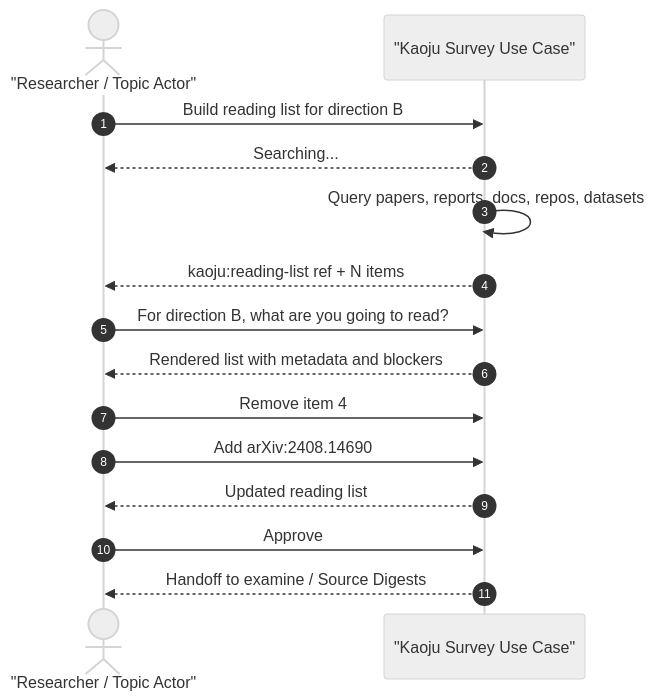
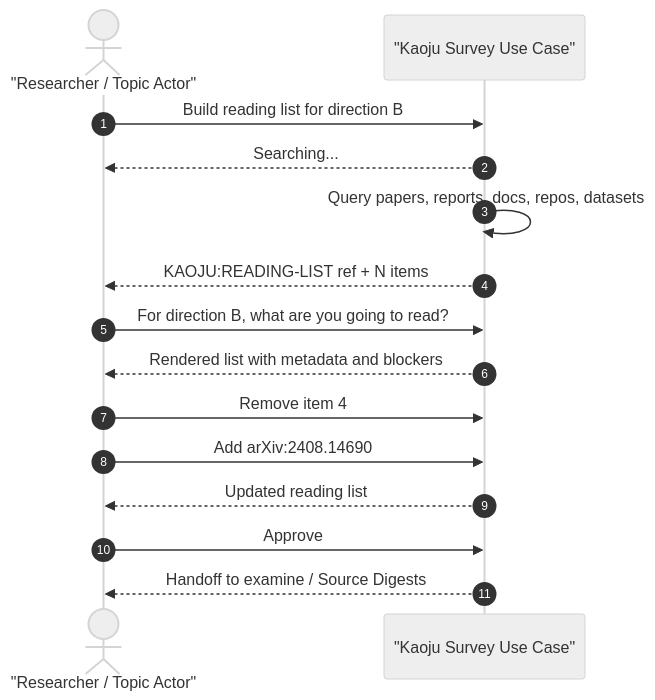
The second of 2 diagrams in context/features/2026-07-14-kaoju-survey-process-usecases/usecases/uc-02-collect-online-info-and-build-reading-list.md (CodeGandee/isomer-labs), drawn with Mermaid (neutral theme) before and after one commit. The commit also changed other lines of this file and 309 other files, not shown here.

````diff
--- a/context/features/2026-07-14-kaoju-survey-process-usecases/usecases/uc-02-collect-online-info-and-build-reading-list.md
+++ b/context/features/2026-07-14-kaoju-survey-process-usecases/usecases/uc-02-collect-online-info-and-build-reading-list.md
@@ -108,18 +108,18 @@
 ```mermaid
 sequenceDiagram
   autonumber
   actor Researcher as "Researcher / Topic Actor"
   participant System as "Kaoju Survey Use Case"
 
   Researcher->>System: Build reading list for direction B
   System-->>Researcher: Searching...
   System->>System: Query papers, reports, docs, repos, datasets
-  System-->>Researcher: kaoju:reading-list ref + N items
+  System-->>Researcher: KAOJU:READING-LIST ref + N items
   Researcher->>System: For direction B, what are you going to read?
   System-->>Researcher: Rendered list with metadata and blockers
   Researcher->>System: Remove item 4
   Researcher->>System: Add arXiv:2408.14690
   System-->>Researcher: Updated reading list
   Researcher->>System: Approve
   System-->>Researcher: Handoff to examine / Source Digests
 ```
````
